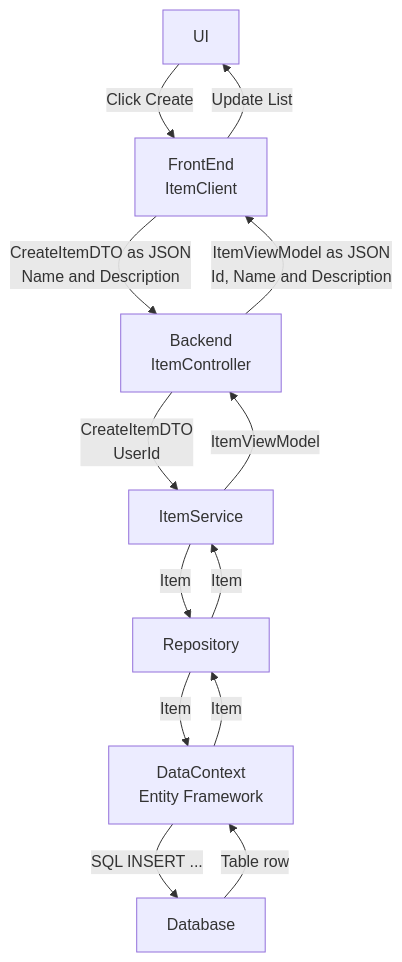
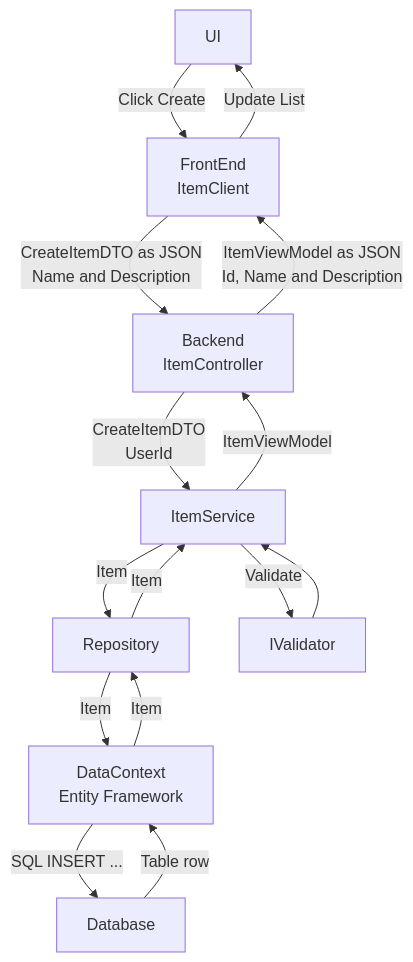
One commit to valadas/Eraware_Dnn_Templates changed the second of 8 diagrams in Eraware_Dnn_Spa_Ef_Di_Stencil/module/docfx_project/articles/project-architecture.md. Above: the diagram before and after it, drawn with Mermaid. The commit also changed other lines of this file and 34 other files, not shown here.

````diff
--- a/Eraware_Dnn_Spa_Ef_Di_Stencil/module/docfx_project/articles/project-architecture.md
+++ b/Eraware_Dnn_Spa_Ef_Di_Stencil/module/docfx_project/articles/project-architecture.md
@@ -69,15 +69,17 @@
 ```mermaid
 graph TB
     UI -->|Click Create| ItemClient
     ItemClient -->|Update List| UI
     ItemClient[FrontEnd<br/>ItemClient] -->|CreateItemDTO as JSON<br />Name and Description| ItemController[Backend<br/>ItemController]
     ItemController -->|CreateItemDTO<br/>UserId| ItemService
     ItemService -->|Item| Repository[Repository<Item>]
+    ItemService -->|Validate| Validator[IValidator<CreateItemDto>]
+    Validator --> ItemService
     Repository -->|Item| DataContext[DataContext<br/>Entity Framework] 
     DataContext -->|SQL INSERT ...| Database
     Database -->|Table row| DataContext
     DataContext -->|Item| Repository
     Repository -->|Item| ItemService
     ItemService -->|ItemViewModel| ItemController
     ItemController -->|ItemViewModel as JSON<br/>Id, Name and Description| ItemClient
 ```
````
